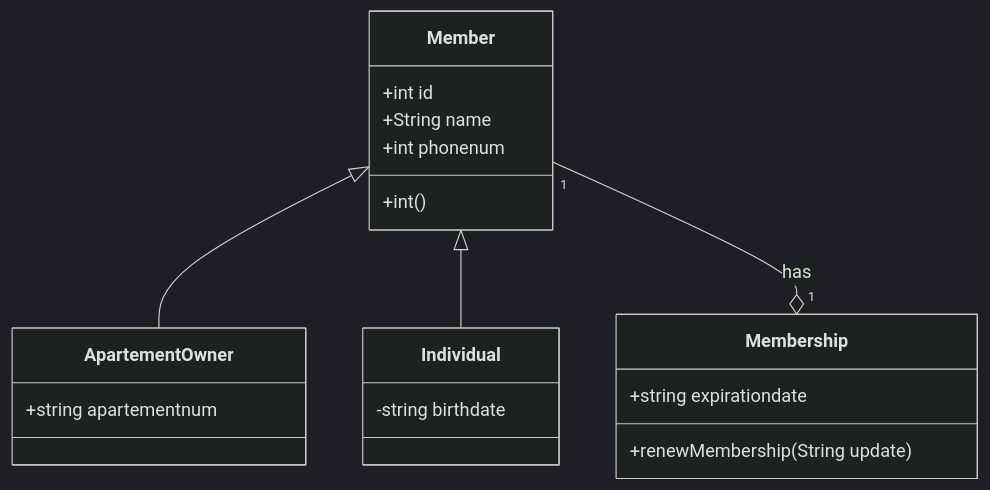
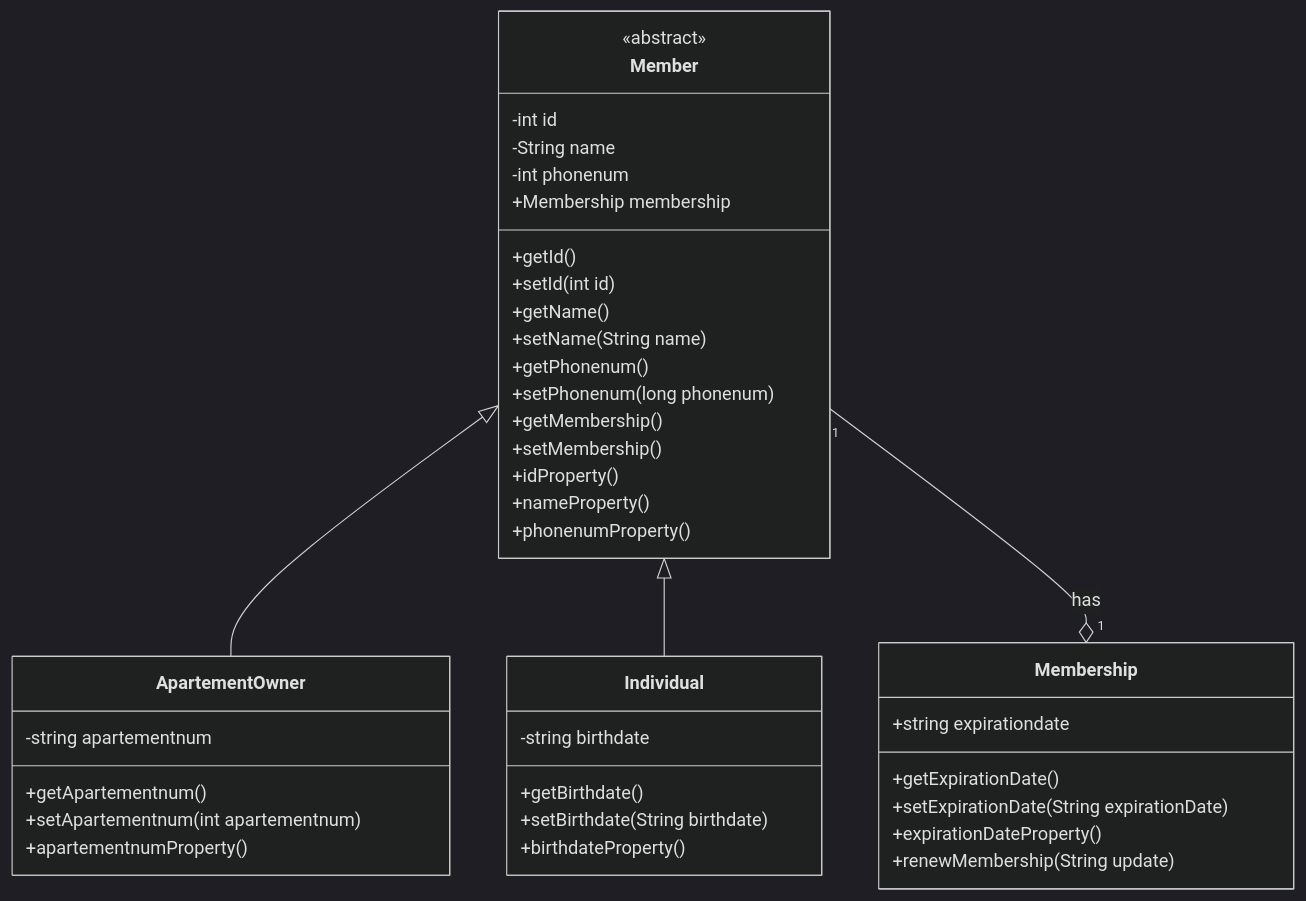
Before and after one commit to deana00/MemberAccountApp: the first of 3 diagrams in README.md, drawn with Mermaid (dark theme). The commit also changed other lines of this file and 5 other files, not shown here.

````diff
--- a/README.md
+++ b/README.md
@@ -3,21 +26,47 @@
 ```mermaid
 classDiagram
     Member <|-- ApartementOwner
     Member <|-- Individual
     Member "1"--o"1" Membership : has
-    Member : +int id
-    Member : +String name
-    Member : +int phonenum
-    Member : +int()
+    class Member{
+      <<abstract>>
+    -int id
+    -String name
+    -int phonenum
+    +Membership membership
+    +getId()
+    +setId(int id)
+    +getName()
+    +setName(String name)
+    +getPhonenum()
+    +setPhonenum(long phonenum)
+    +getMembership()
+    +setMembership()
+    +idProperty()
+    +nameProperty()
+    +phonenumProperty()
+    }
+
     class ApartementOwner{
-      +string apartementnum
+      -string apartementnum
+      +getApartementnum()
+      +setApartementnum(int apartementnum)
+      +apartementnumProperty()
     }
+
     class Individual{
       -string birthdate
+      +getBirthdate()
+      +setBirthdate(String birthdate)
+      +birthdateProperty()
     }
+
     class Membership{
       +string expirationdate
+      +getExpirationDate()
+      +setExpirationDate(String expirationDate)
+      +expirationDateProperty()
       +renewMembership(String update)
     }
             
 ```
````
